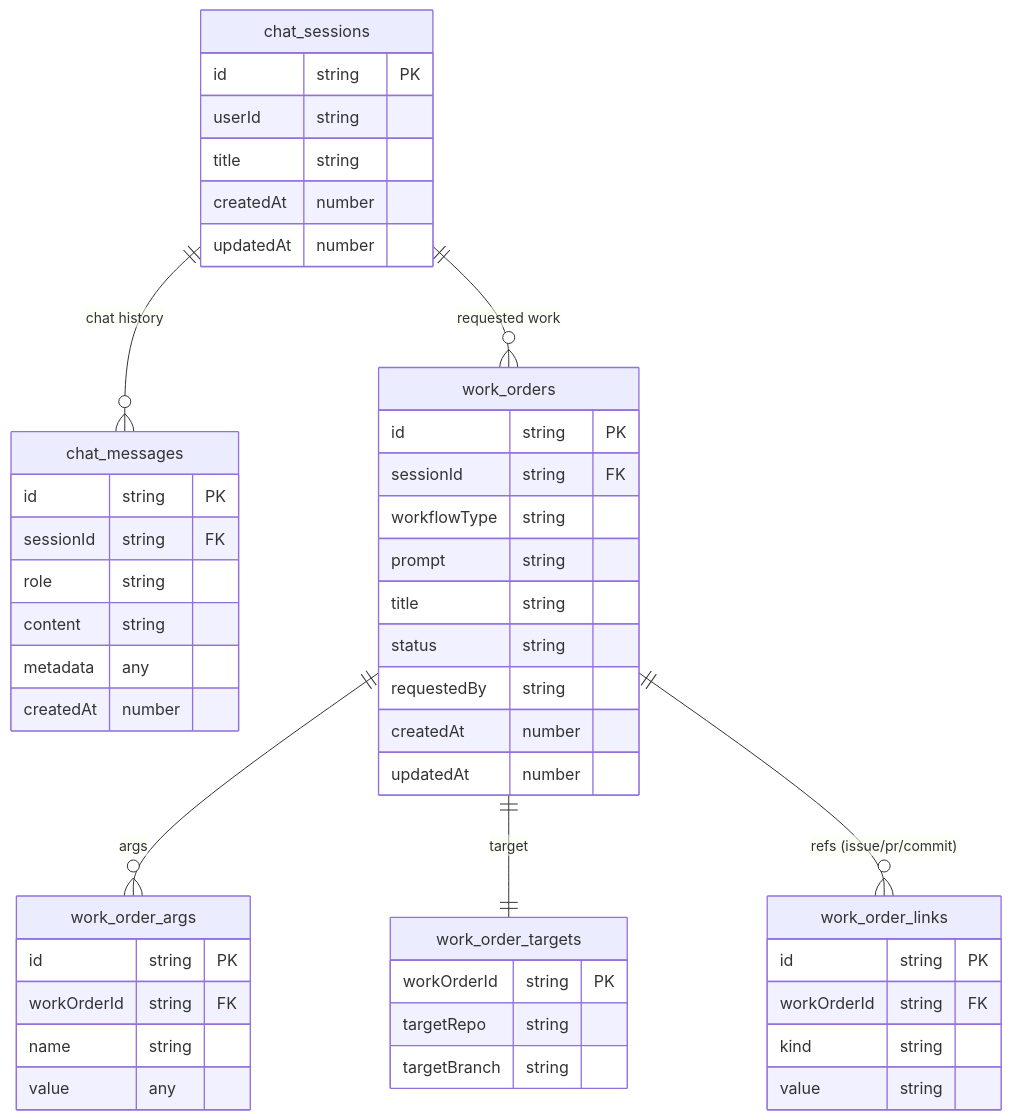
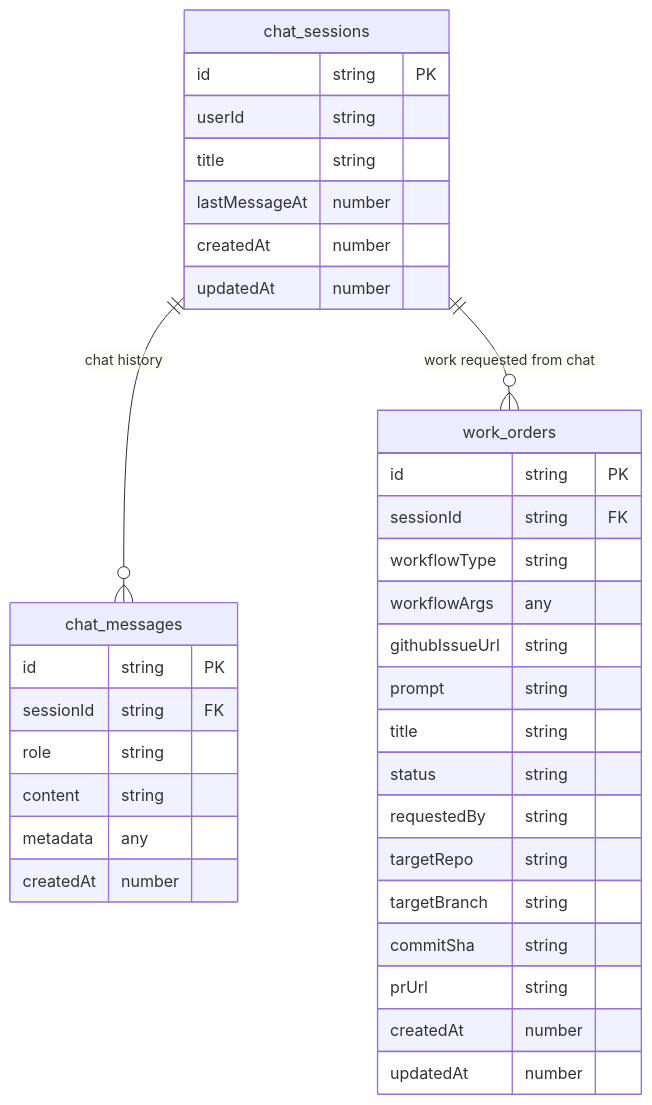
Before and after one commit to proompteng/lab: the diagram in docs/jangar/persistence.md, drawn with Mermaid. The commit also changed other lines of this file, not shown here.

Commit message:
docs: simplify to chat_sessions/chat_messages/work_orders

````diff
--- a/docs/jangar/persistence.md
+++ b/docs/jangar/persistence.md
@@ -13,57 +13,41 @@
 ```mermaid
 erDiagram
   chat_sessions {
     id string PK
     userId string
     title string
+    lastMessageAt number
     createdAt number
     updatedAt number
   }
 
   chat_messages {
     id string PK
     sessionId string FK
     role string
     content string
     metadata any
     createdAt number
   }
 
   work_orders {
     id string PK
     sessionId string FK
     workflowType string
+    workflowArgs any
+    githubIssueUrl string
     prompt string
     title string
     status string
     requestedBy string
+    targetRepo string
+    targetBranch string
+    commitSha string
+    prUrl string
     createdAt number
     updatedAt number
   }
 
-  work_order_args {
-    id string PK
-    workOrderId string FK
-    name string
-    value any
-  }
-
-  work_order_targets {
-    workOrderId string PK
-    targetRepo string
-    targetBranch string
-  }
-
-  work_order_links {
-    id string PK
-    workOrderId string FK
-    kind string
-    value string
-  }
-
   chat_sessions ||--o{ chat_messages : "chat history"
-  chat_sessions ||--o{ work_orders : "requested work"
-  work_orders ||--o{ work_order_args : "args"
-  work_orders ||--|| work_order_targets : "target"
-  work_orders ||--o{ work_order_links : "refs (issue/pr/commit)"
+  chat_sessions ||--o{ work_orders : "work requested from chat"
 ```
````
